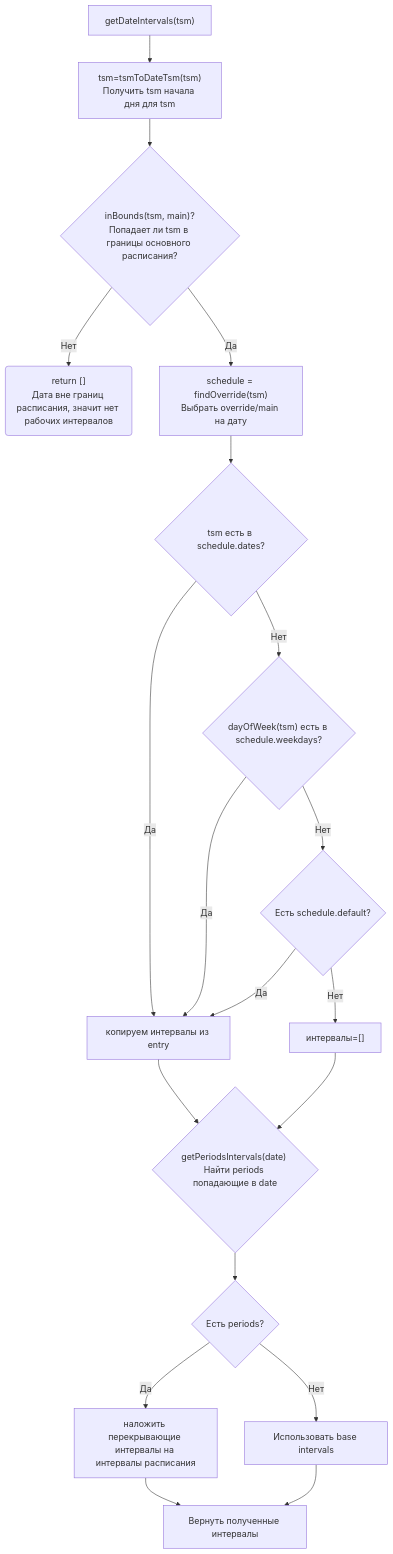
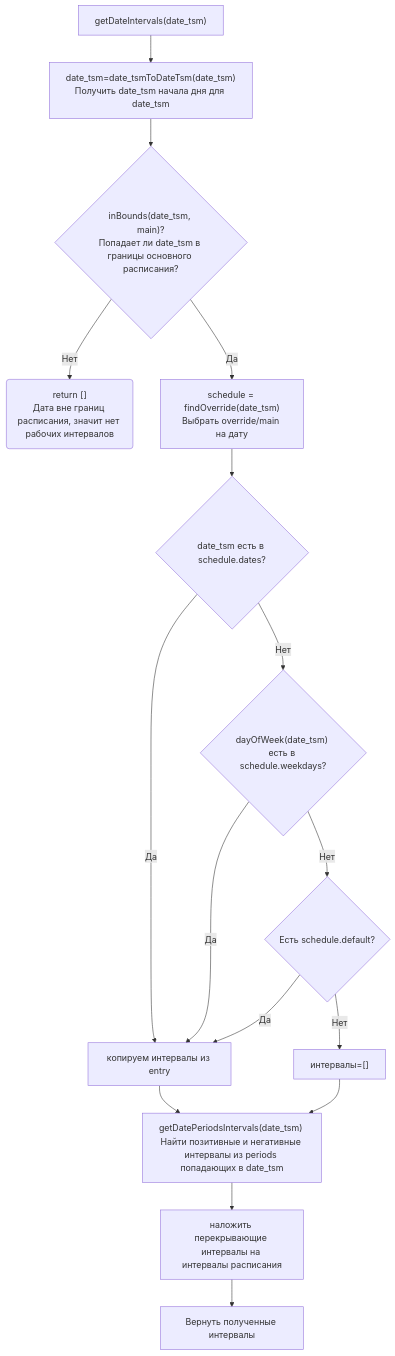
Before and after one commit to spo0okie/arms_inventory: the fourth of 14 diagrams in modules/schedules/plans/compile.md, drawn with Mermaid. The commit also changed other lines of this file, not shown here.

````diff
--- a/modules/schedules/plans/compile.md
+++ b/modules/schedules/plans/compile.md
@@ -202,22 +236,19 @@
 ```mermaid
 flowchart TD
-    A["getDateIntervals(tsm)"] --> B["tsm=tsmToDateTsm(tsm)<br>Получить tsm начала дня для tsm"] 
-    B --> C{"inBounds(tsm, main)?<br>Попадает ли tsm в границы основного расписания?"}
+    A["getDateIntervals(date_tsm)"] --> B["date_tsm=date_tsmToDateTsm(date_tsm)<br>Получить date_tsm начала дня для date_tsm"] 
+    B --> C{"inBounds(date_tsm, main)?<br>Попадает ли date_tsm в границы основного расписания?"}
     C -->|Нет| D("return []<br>Дата вне границ расписания, значит нет рабочих интервалов")
-    C -->|Да| E["schedule = findOverride(tsm)<br>Выбрать override/main на дату"]
-    E --> I{tsm есть в schedule.dates?}
+    C -->|Да| E["schedule = findOverride(date_tsm)<br>Выбрать override/main на дату"]
+    E --> I{date_tsm есть в schedule.dates?}
     I -->|Да| J[копируем интервалы из entry]
-    I -->|Нет| K{"dayOfWeek(tsm) есть в schedule.weekdays?"}
+    I -->|Нет| K{"dayOfWeek(date_tsm) есть в schedule.weekdays?"}
     K -->|Да| J
     K -->|Нет| L{Есть schedule.default?}
     L -->|Да| J
     L -->|Нет| Empty["интервалы=[]"] --> M
-    J --> M{"getPeriodsIntervals(date) Найти periods попадающие в date"}
+    J --> M["getDatePeriodsIntervals(date_tsm) Найти позитивные и негативные интервалы из periods попадающих в date_tsm"]
 
-    M --> N{Есть periods?}
-    N -->|Да| O[наложить перекрывающие интервалы на интервалы расписания]
-    O --> P
-    N -->|Нет| Q[Использовать base intervals]
-    Q --> P[Вернуть полученные интервалы]
+    M --> O[наложить перекрывающие интервалы на интервалы расписания]
+    O --> P[Вернуть полученные интервалы]
     
 ```
````
